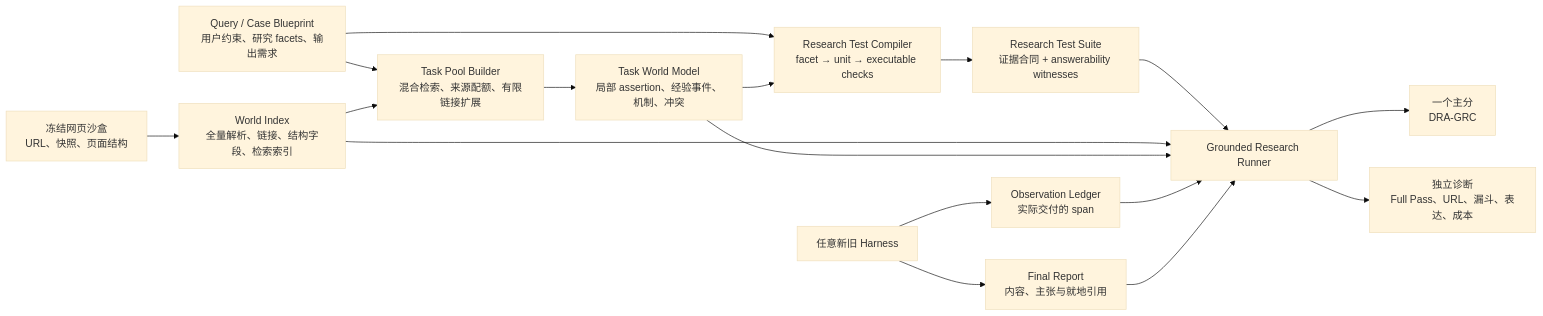
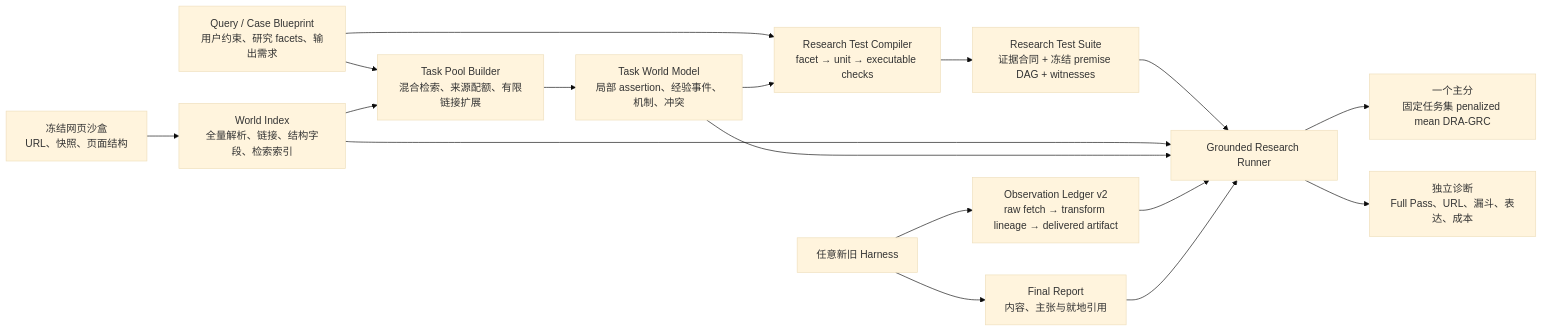
The first of 3 diagrams in docs/DRA_SANDBOX_NATIVE_SCORING_DESIGN_2026-07-17.md (yibol9768-alt/deep-research-arena), drawn with Mermaid (base theme) before and after one commit. The commit also changed other lines of this file and 7 other files, not shown here.

````diff
--- a/docs/DRA_SANDBOX_NATIVE_SCORING_DESIGN_2026-07-17.md
+++ b/docs/DRA_SANDBOX_NATIVE_SCORING_DESIGN_2026-07-17.md
@@ -439,19 +463,19 @@
 ```mermaid
 flowchart LR
     A["冻结网页沙盒<br/>URL、快照、页面结构"] --> B["World Index<br/>全量解析、链接、结构字段、检索索引"]
     Q["Query / Case Blueprint<br/>用户约束、研究 facets、输出需求"] --> C["Task Pool Builder<br/>混合检索、来源配额、有限链接扩展"]
     B --> C
     C --> D["Task World Model<br/>局部 assertion、经验事件、机制、冲突"]
     Q --> E["Research Test Compiler<br/>facet → unit → executable checks"]
     D --> E
-    E --> T["Research Test Suite<br/>证据合同 + answerability witnesses"]
-    H["任意新旧 Harness"] --> L["Observation Ledger<br/>实际交付的 span"]
+    E --> T["Research Test Suite<br/>证据合同 + 冻结 premise DAG + witnesses"]
+    H["任意新旧 Harness"] --> L["Observation Ledger v2<br/>raw fetch → transform lineage → delivered artifact"]
     H --> R["Final Report<br/>内容、主张与就地引用"]
     T --> S["Grounded Research Runner"]
     B --> S
     D --> S
     L --> S
     R --> S
-    S --> O["一个主分<br/>DRA-GRC"]
+    S --> O["一个主分<br/>固定任务集 penalized mean DRA-GRC"]
     S --> X["独立诊断<br/>Full Pass、URL、漏斗、表达、成本"]
 ```
````
